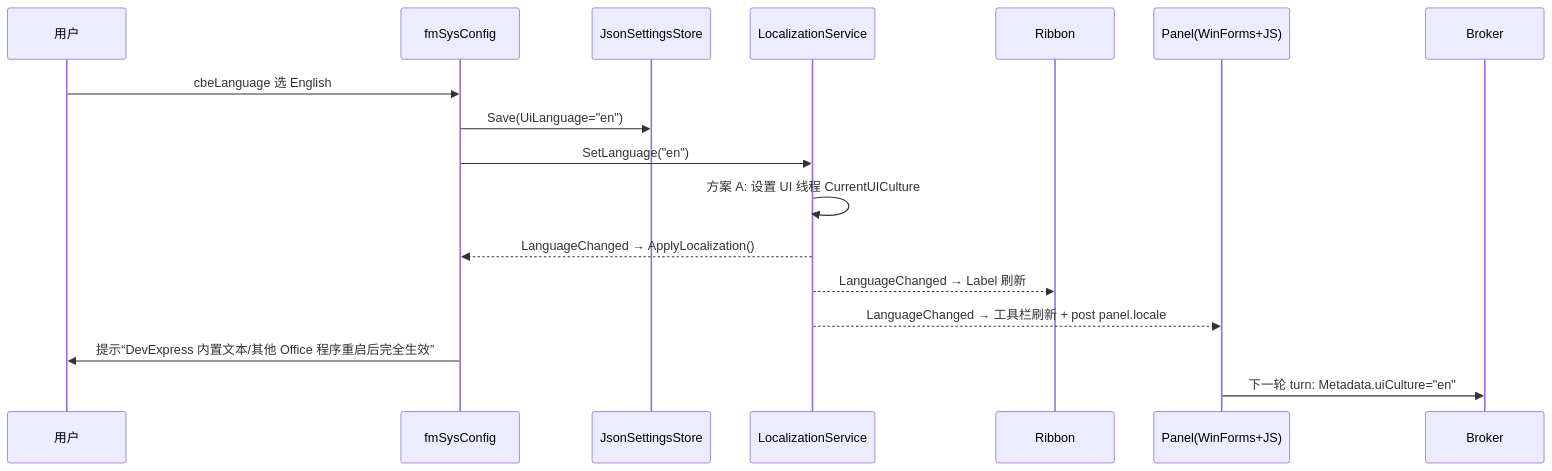
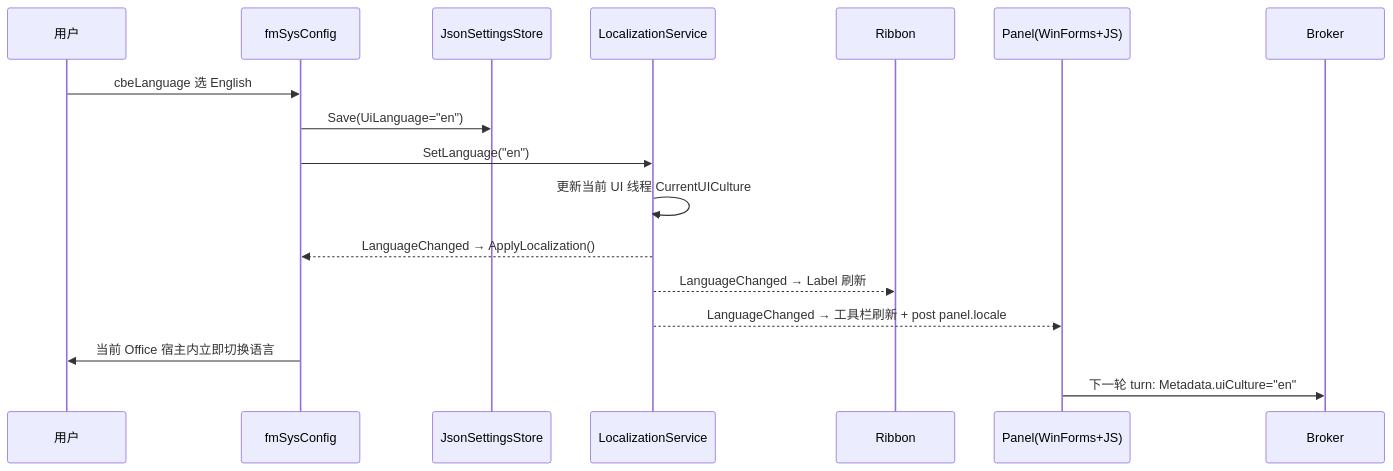
Before and after one commit to NixerWong/NixerOfficeCopilot: the second of 2 diagrams in docs/LOCALIZATION_BLUEPRINT.md, drawn with Mermaid. The commit also changed other lines of this file and 91 other files, not shown here.

````diff
--- a/docs/LOCALIZATION_BLUEPRINT.md
+++ b/docs/LOCALIZATION_BLUEPRINT.md
@@ -300,20 +309,20 @@
 ```mermaid
 sequenceDiagram
     participant U as 用户
     participant SC as fmSysConfig
     participant ST as JsonSettingsStore
     participant LS as LocalizationService
     participant RB as Ribbon
     participant PN as Panel(WinForms+JS)
     participant BR as Broker
 
     U->>SC: cbeLanguage 选 English
     SC->>ST: Save(UiLanguage="en")
     SC->>LS: SetLanguage("en")
-    LS->>LS: 方案 A: 设置 UI 线程 CurrentUICulture
+    LS->>LS: 更新当前 UI 线程 CurrentUICulture
     LS-->>SC: LanguageChanged → ApplyLocalization()
     LS-->>RB: LanguageChanged → Label 刷新
     LS-->>PN: LanguageChanged → 工具栏刷新 + post panel.locale
-    SC->>U: 提示“DevExpress 内置文本/其他 Office 程序重启后完全生效”
+    SC->>U: 当前 Office 宿主内立即切换语言
     PN->>BR: 下一轮 turn: Metadata.uiCulture="en"
 ```
````
